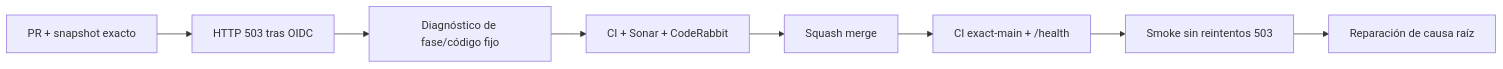
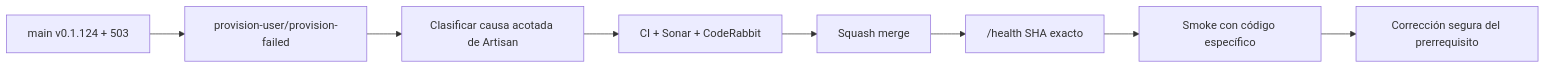
The diagram in README.md (pl0n3r/GrindFlow), drawn with Mermaid before and after one commit. The commit also changed other lines of this file and 8 other files, not shown here.

Commit message:
fix(smoke): clasificar fallos del aprovisionador sin exponer mensajes privados (v0.1.125)

````diff
--- a/README.md
+++ b/README.md
@@ -47,10 +47,10 @@
 ```mermaid
 flowchart LR
- A["PR + snapshot exacto"] --> B["HTTP 503 tras OIDC"]
- B --> C["Diagnóstico de fase/código fijo"]
+ A["main v0.1.124 + 503"] --> B["provision-user/provision-failed"]
+ B --> C["Clasificar causa acotada de Artisan"]
  C --> D["CI + Sonar + CodeRabbit"]
  D --> M["Squash merge"]
- M --> X["CI exact-main + /health"]
- X --> S["Smoke sin reintentos 503"]
- S --> G["Reparación de causa raíz"]
+ M --> X["/health SHA exacto"]
+ X --> S["Smoke con código específico"]
+ S --> G["Corrección segura del prerrequisito"]
 ```
````
